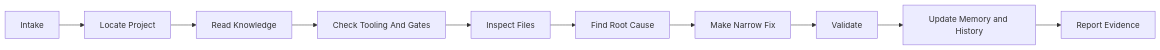
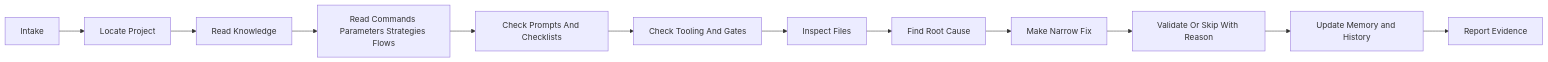
The diagram in WIKI_DRAFTS/How-Codex-Should-Use-This-Repo.md (swayerloren/salesforce-coding), drawn with Mermaid before and after one commit. The commit also changed other lines of this file and 131 other files, not shown here.

````diff
--- a/WIKI_DRAFTS/How-Codex-Should-Use-This-Repo.md
+++ b/WIKI_DRAFTS/How-Codex-Should-Use-This-Repo.md
@@ -21,12 +23,14 @@
 ```mermaid
 flowchart LR
   A[Intake] --> B[Locate Project]
   B --> C[Read Knowledge]
-  C --> D[Check Tooling And Gates]
-  D --> E[Inspect Files]
-  E --> F[Find Root Cause]
-  F --> G[Make Narrow Fix]
-  G --> H[Validate]
-  H --> I[Update Memory and History]
-  I --> J[Report Evidence]
+  C --> D[Read Commands Parameters Strategies Flows]
+  D --> E[Check Prompts And Checklists]
+  E --> F[Check Tooling And Gates]
+  F --> G[Inspect Files]
+  G --> H[Find Root Cause]
+  H --> I[Make Narrow Fix]
+  I --> J[Validate Or Skip With Reason]
+  J --> K[Update Memory and History]
+  K --> L[Report Evidence]
 ```
````
